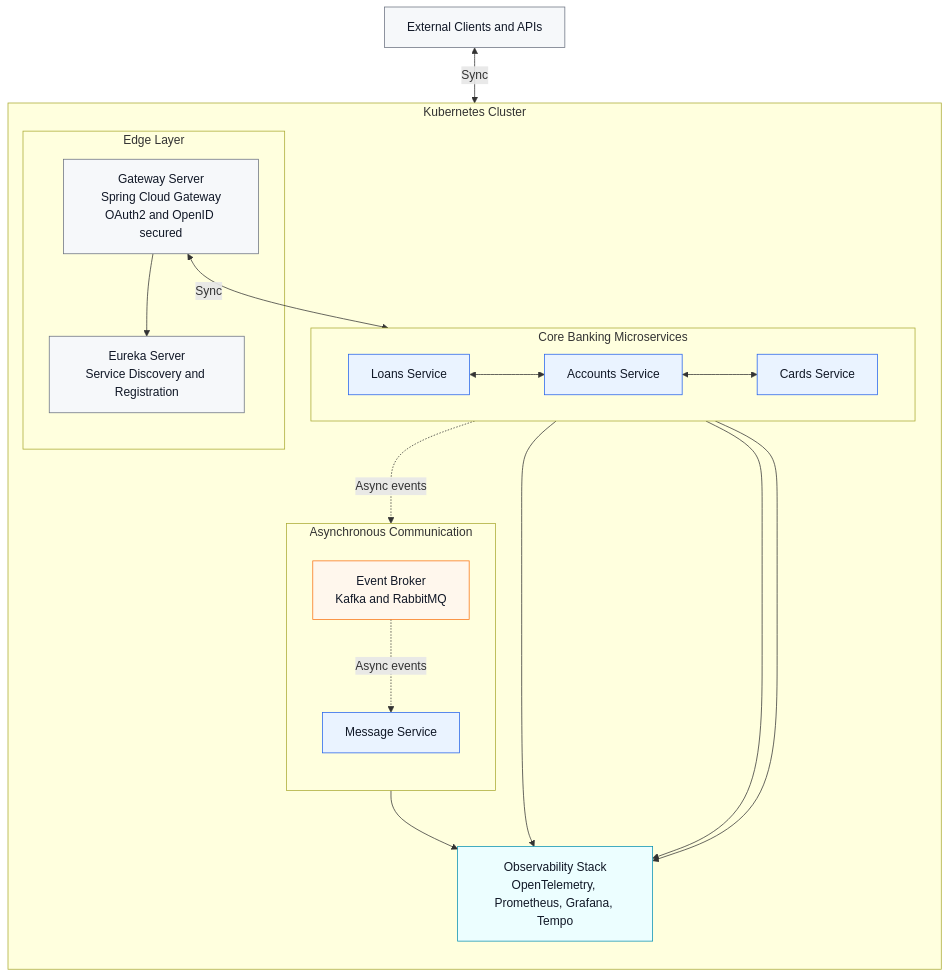
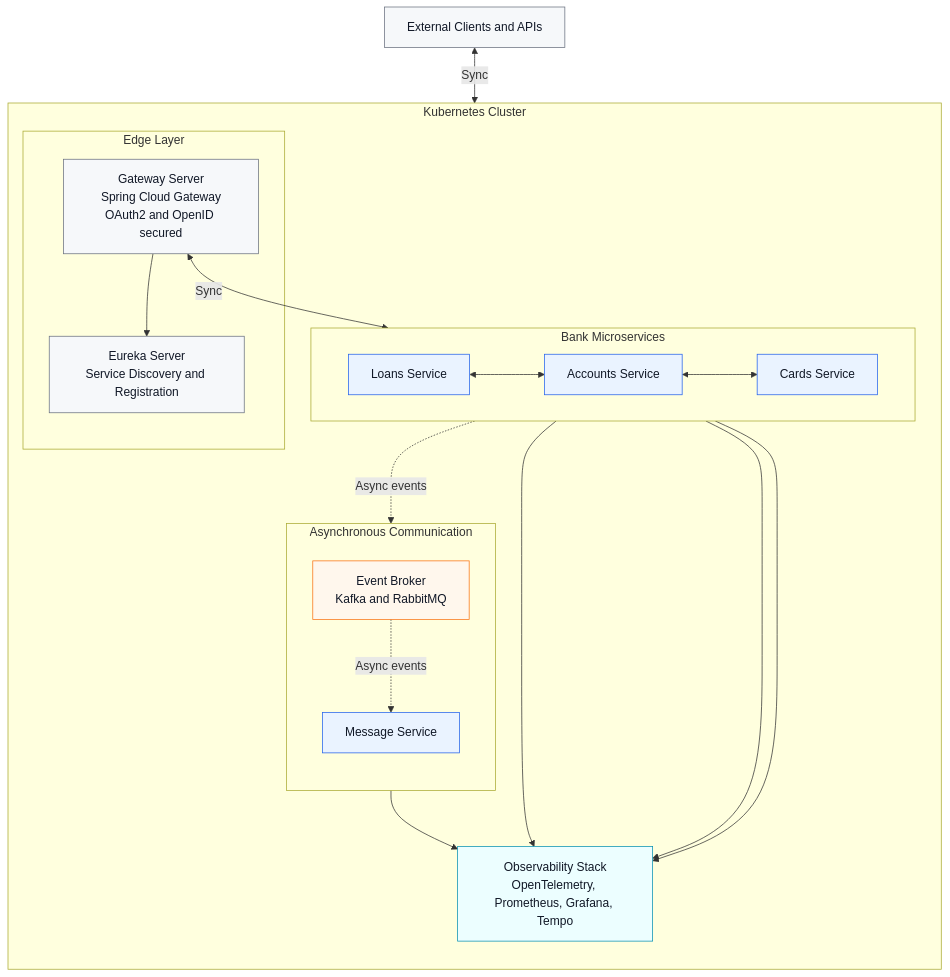
One commit to AkhilFrancis/Spring-Boot-Microservices-Cloud-Native-Bank-App changed the diagram in README.md. Above: the diagram before and after it, drawn with Mermaid.

````diff
--- a/README.md
+++ b/README.md
@@ -9,52 +9,52 @@
 ```mermaid
 flowchart TB
 	EXT[External Clients and APIs]
 
 	subgraph K8S[Kubernetes Cluster]
 		direction TB
 
 		subgraph EDGE[Edge Layer]
 			GW[Gateway Server\nSpring Cloud Gateway\nOAuth2 and OpenID secured]
 			EUR[Eureka Server\nService Discovery and Registration]
 			GW --> EUR
 		end
 
-		subgraph CORE[Core Banking Microservices]
+		subgraph CORE[Bank Microservices]
 			direction LR
 			LOANS[Loans Service]
 			ACC[Accounts Service]
 			CARDS[Cards Service]
 			LOANS <--> ACC
 			ACC <--> CARDS
 		end
 
 		subgraph ASYNC[Asynchronous Communication]
 			direction TB
 			BROKER[Event Broker\nKafka and RabbitMQ]
 			MSG[Message Service]
 		end
 
 		OBS[Observability Stack\nOpenTelemetry, Prometheus, Grafana, Tempo]
 	end
 
 	EXT <--> |Sync| GW
 	GW <--> |Sync| ACC
 
 	ACC -. Async events .-> BROKER
 	BROKER -. Async events .-> MSG
 
 	ACC --> OBS
 	CARDS --> OBS
 	LOANS --> OBS
 	MSG --> OBS
 
 	classDef platform fill:#f6f8fa,stroke:#6b7280,stroke-width:1px,color:#111827;
 	classDef service fill:#eaf3ff,stroke:#2563eb,stroke-width:1px,color:#111827;
 	classDef async fill:#fff7ed,stroke:#f97316,stroke-width:1px,color:#111827;
 	classDef observability fill:#ecfeff,stroke:#0891b2,stroke-width:1px,color:#111827;
 
 	class EXT,GW,EUR platform;
 	class LOANS,ACC,CARDS,MSG service;
 	class BROKER async;
 	class OBS observability;
 ```
````
